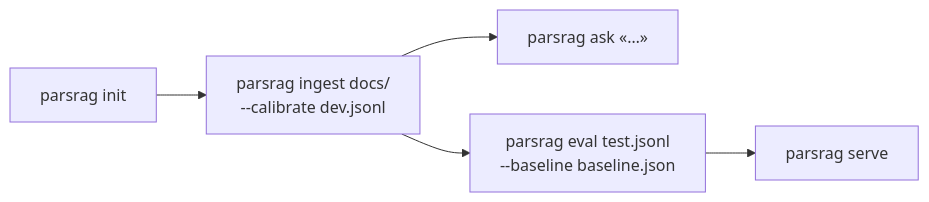
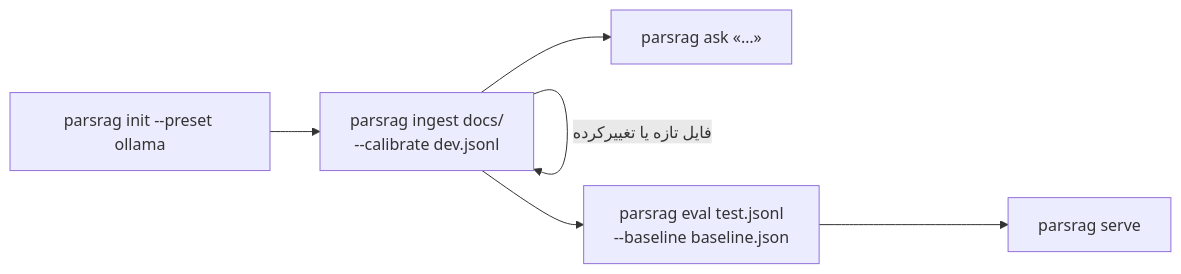
Before and after one commit to snikookar/Persian-RAG-Academy: the diagram in docs/reference/cli.md, drawn with Mermaid. The commit also changed other lines of this file and 69 other files, not shown here.

````diff
--- a/docs/reference/cli.md
+++ b/docs/reference/cli.md
@@ -11,7 +11,8 @@
 ```mermaid
 flowchart LR
-    I["parsrag init"] --> G["parsrag ingest docs/<br/>--calibrate dev.jsonl"]
+    I["parsrag init --preset ollama"] --> G["parsrag ingest docs/<br/>--calibrate dev.jsonl"]
+    G -->|"فایل تازه یا تغییرکرده"| G
     G --> A["parsrag ask «…»"]
     G --> E["parsrag eval test.jsonl<br/>--baseline baseline.json"]
     E --> S["parsrag serve"]
 ```
````
